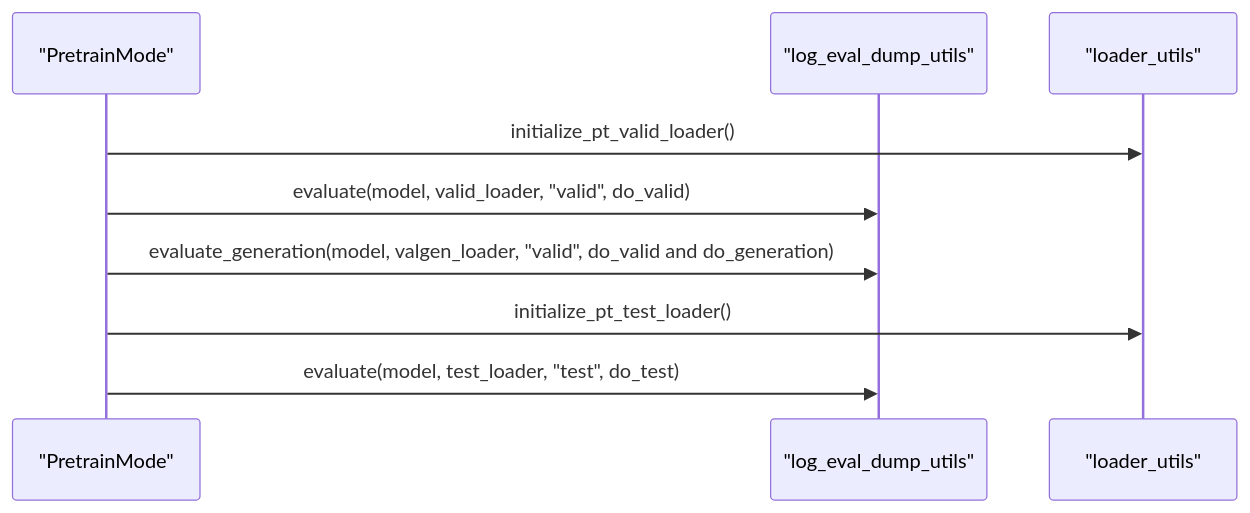
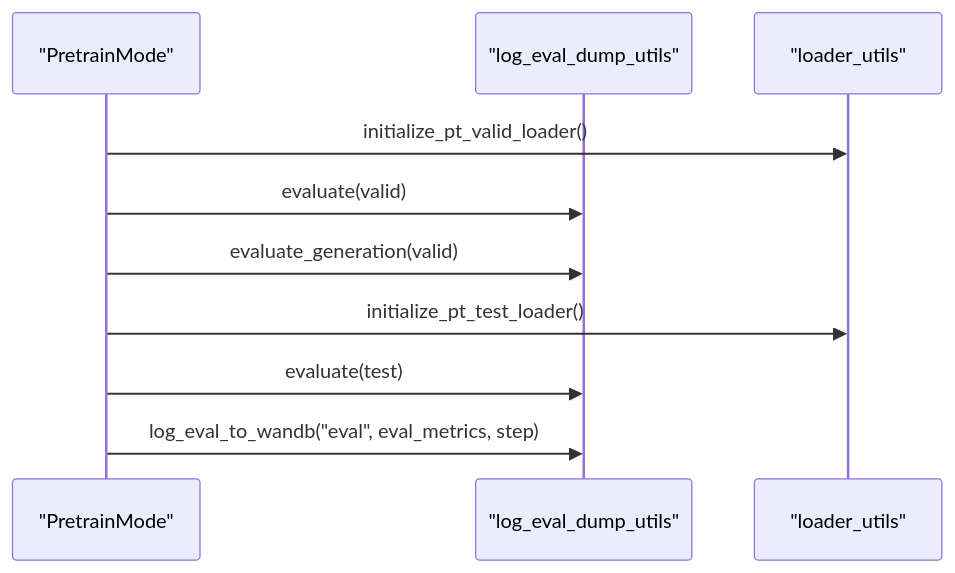
The tenth of 11 diagrams in .qoder/repowiki/en/content/Training Pipeline/Training Modes Strategy/Pre-training Mode.md (alibaba/graph-gpt), drawn with Mermaid before and after one commit. The commit also changed other lines of this file and 7 other files, not shown here.

````diff
--- a/.qoder/repowiki/en/content/Training Pipeline/Training Modes Strategy/Pre-training Mode.md
+++ b/.qoder/repowiki/en/content/Training Pipeline/Training Modes Strategy/Pre-training Mode.md
@@ -445,11 +453,12 @@
 ```mermaid
 sequenceDiagram
 participant PM as "PretrainMode"
 participant Eval as "log_eval_dump_utils"
 participant Loader as "loader_utils"
 PM->>Loader : initialize_pt_valid_loader()
-PM->>Eval : evaluate(model, valid_loader, "valid", do_valid)
-PM->>Eval : evaluate_generation(model, valgen_loader, "valid", do_valid and do_generation)
+PM->>Eval : evaluate(valid)
+PM->>Eval : evaluate_generation(valid)
 PM->>Loader : initialize_pt_test_loader()
-PM->>Eval : evaluate(model, test_loader, "test", do_test)
+PM->>Eval : evaluate(test)
+PM->>Eval : log_eval_to_wandb("eval", eval_metrics, step)
 ```
````
